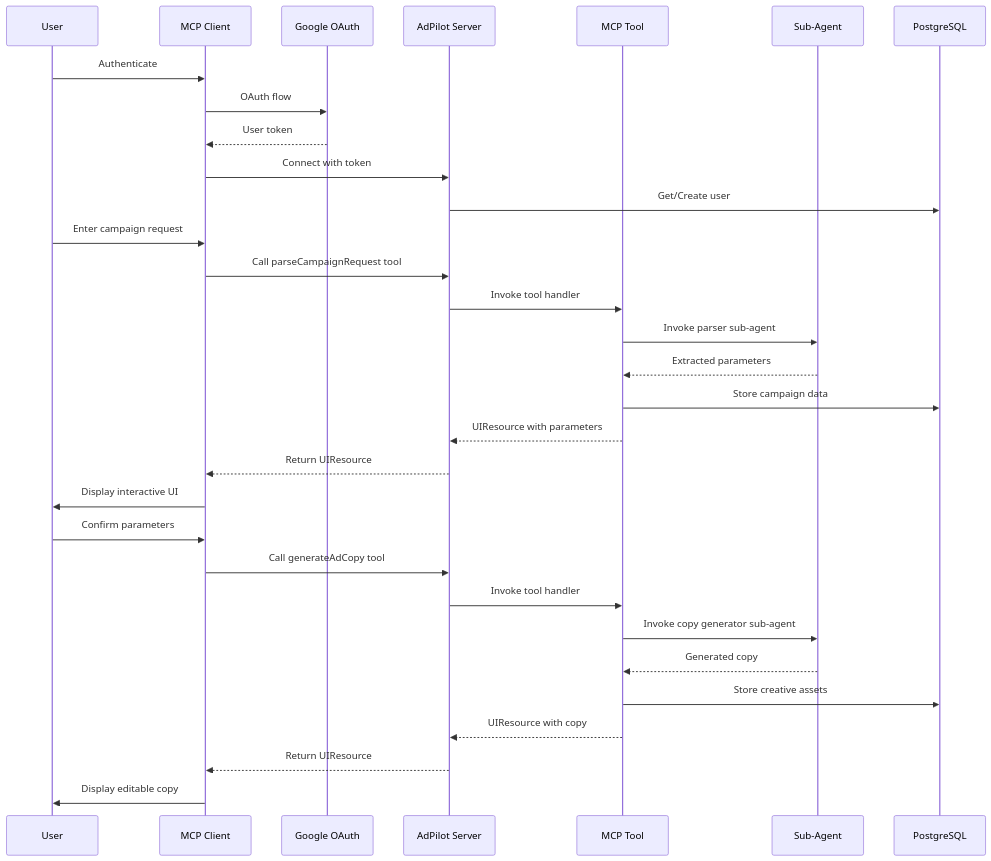
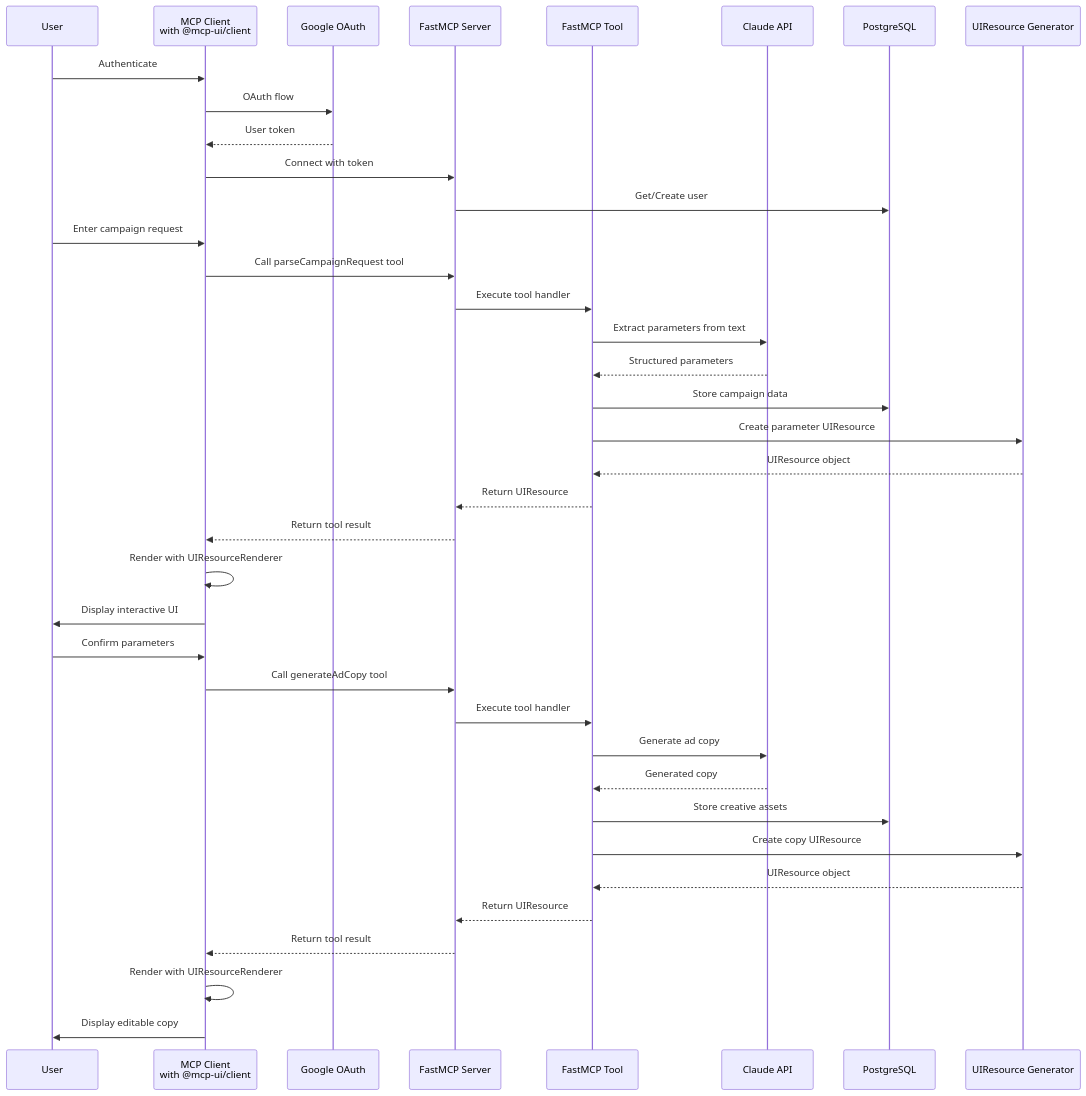
The second of 2 diagrams in .kiro/specs/feedmob-adpilot-mcp/design.md (feed-mob/feedmob-adpilot-mcp), drawn with Mermaid before and after one commit. The commit also changed other lines of this file and 5 other files, not shown here.

````diff
--- a/.kiro/specs/feedmob-adpilot-mcp/design.md
+++ b/.kiro/specs/feedmob-adpilot-mcp/design.md
@@ -66,36 +80,43 @@
 ```mermaid
 sequenceDiagram
     participant User
-    participant Client as MCP Client
+    participant Client as MCP Client<br/>with @mcp-ui/client
     participant OAuth as Google OAuth
-    participant Server as AdPilot Server
-    participant Tool as MCP Tool
-    participant SubAgent as Sub-Agent
+    participant FastMCP as FastMCP Server
+    participant Tool as FastMCP Tool
+    participant Claude as Claude API
     participant DB as PostgreSQL
+    participant UIGen as UIResource Generator
     
     User->>Client: Authenticate
     Client->>OAuth: OAuth flow
     OAuth-->>Client: User token
-    Client->>Server: Connect with token
-    Server->>DB: Get/Create user
+    Client->>FastMCP: Connect with token
+    FastMCP->>DB: Get/Create user
     
     User->>Client: Enter campaign request
-    Client->>Server: Call parseCampaignRequest tool
-    Server->>Tool: Invoke tool handler
-    Tool->>SubAgent: Invoke parser sub-agent
-    SubAgent-->>Tool: Extracted parameters
+    Client->>FastMCP: Call parseCampaignRequest tool
+    FastMCP->>Tool: Execute tool handler
+    Tool->>Claude: Extract parameters from text
+    Claude-->>Tool: Structured parameters
     Tool->>DB: Store campaign data
-    Tool-->>Server: UIResource with parameters
-    Server-->>Client: Return UIResource
+    Tool->>UIGen: Create parameter UIResource
+    UIGen-->>Tool: UIResource object
+    Tool-->>FastMCP: Return UIResource
+    FastMCP-->>Client: Return tool result
+    Client->>Client: Render with UIResourceRenderer
     Client->>User: Display interactive UI
     
     User->>Client: Confirm parameters
-    Client->>Server: Call generateAdCopy tool
-    Server->>Tool: Invoke tool handler
-    Tool->>SubAgent: Invoke copy generator sub-agent
-    SubAgent-->>Tool: Generated copy
+    Client->>FastMCP: Call generateAdCopy tool
+    FastMCP->>Tool: Execute tool handler
+    Tool->>Claude: Generate ad copy
+    Claude-->>Tool: Generated copy
     Tool->>DB: Store creative assets
-    Tool-->>Server: UIResource with copy
-    Server-->>Client: Return UIResource
+    Tool->>UIGen: Create copy UIResource
+    UIGen-->>Tool: UIResource object
+    Tool-->>FastMCP: Return UIResource
+    FastMCP-->>Client: Return tool result
+    Client->>Client: Render with UIResourceRenderer
     Client->>User: Display editable copy
 ```
````
